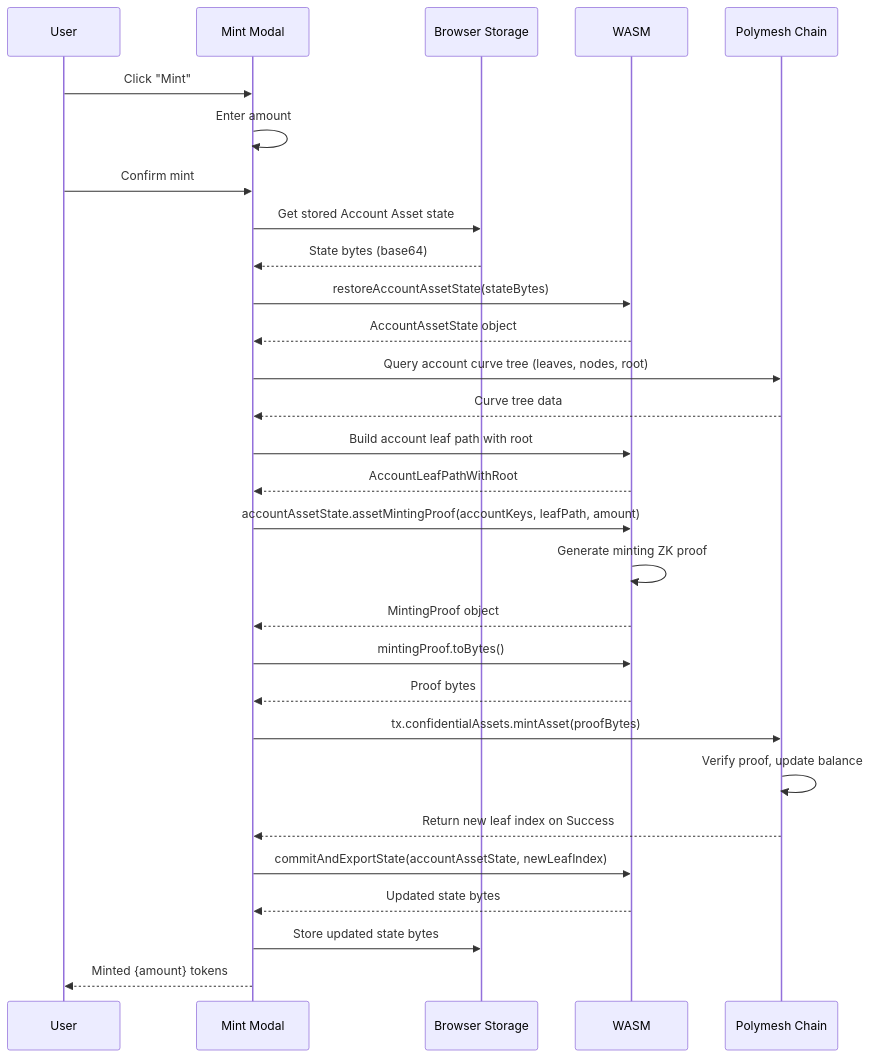
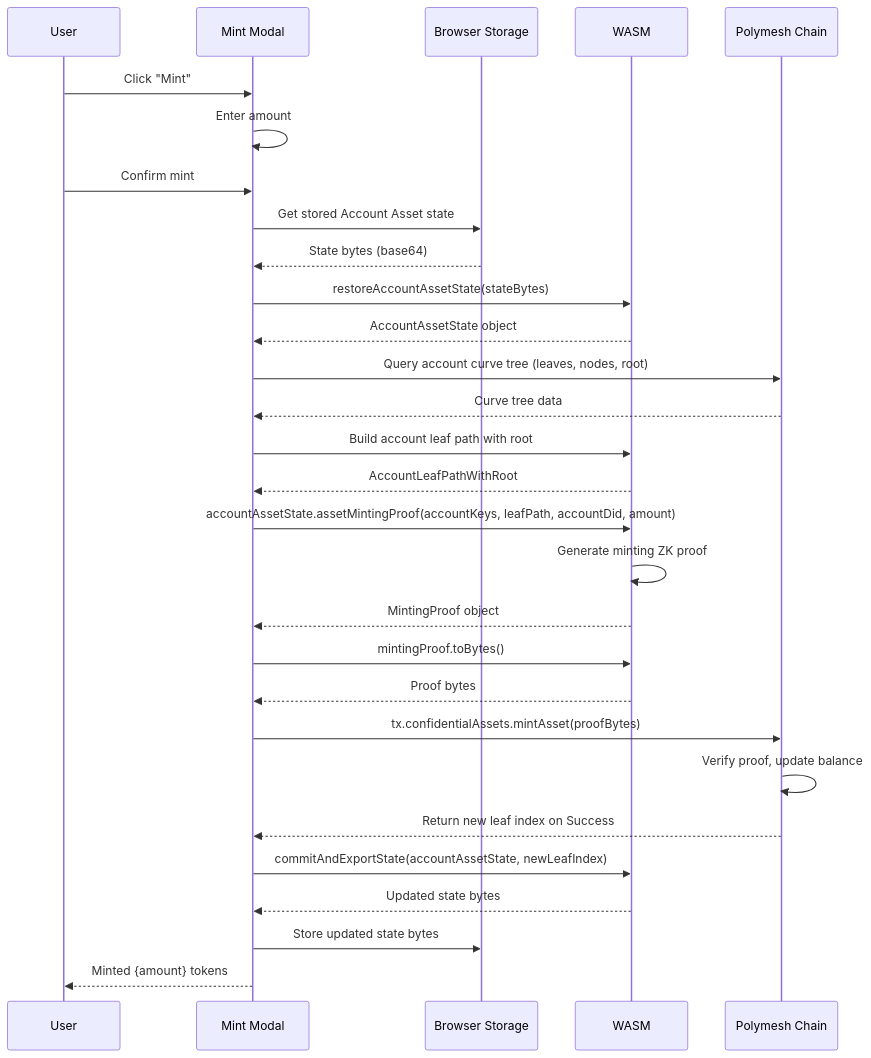
Diagram 16 of 27 in docs/WORKFLOWS.md (PolymeshAssociation/confidential-assets-ui), drawn with Mermaid before and after one commit. The commit also changed other lines of this file and 323 other files, not shown here.

````diff
--- a/docs/WORKFLOWS.md
+++ b/docs/WORKFLOWS.md
@@ -327,32 +327,32 @@
 ```mermaid
 sequenceDiagram
     participant User
     participant UI as Mint Modal
     participant Storage as Browser Storage
     participant WASM as WASM
     participant Chain as Polymesh Chain
 
     User->>UI: Click "Mint"
     UI->>UI: Enter amount
     User->>UI: Confirm mint
     UI->>Storage: Get stored Account Asset state
     Storage-->>UI: State bytes (base64)
     UI->>WASM: restoreAccountAssetState(stateBytes)
     WASM-->>UI: AccountAssetState object
     UI->>Chain: Query account curve tree (leaves, nodes, root)
     Chain-->>UI: Curve tree data
     UI->>WASM: Build account leaf path with root
     WASM-->>UI: AccountLeafPathWithRoot
-    UI->>WASM: accountAssetState.assetMintingProof(accountKeys, leafPath, amount)
+    UI->>WASM: accountAssetState.assetMintingProof(accountKeys, leafPath, accountDid, amount)
     WASM->>WASM: Generate minting ZK proof
     WASM-->>UI: MintingProof object
     UI->>WASM: mintingProof.toBytes()
     WASM-->>UI: Proof bytes
     UI->>Chain: tx.confidentialAssets.mintAsset(proofBytes)
     Chain->>Chain: Verify proof, update balance
     Chain-->>UI: Return new leaf index on Success
     UI->>WASM: commitAndExportState(accountAssetState, newLeafIndex)
     WASM-->>UI: Updated state bytes
     UI->>Storage: Store updated state bytes
     UI-->>User: Minted {amount} tokens
 ```
````
